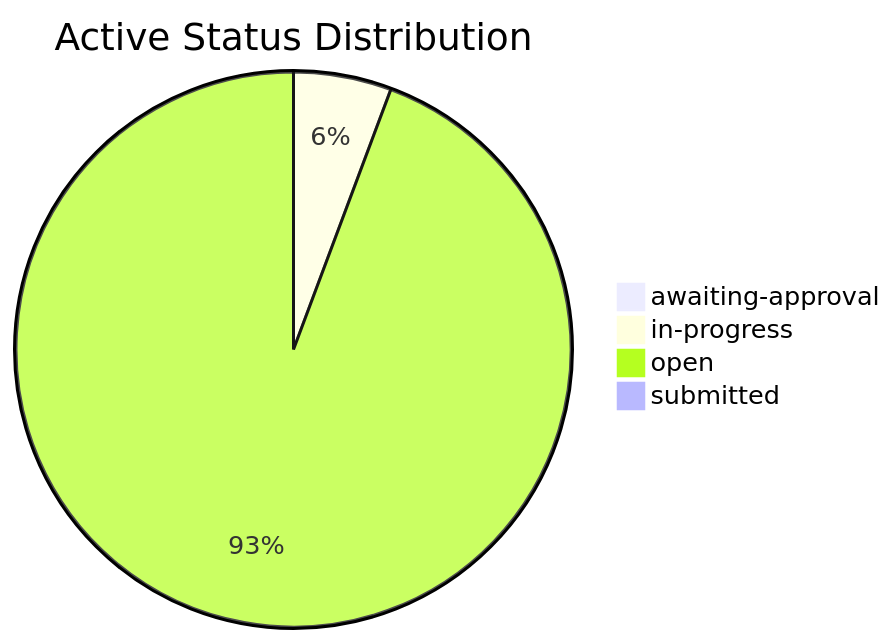
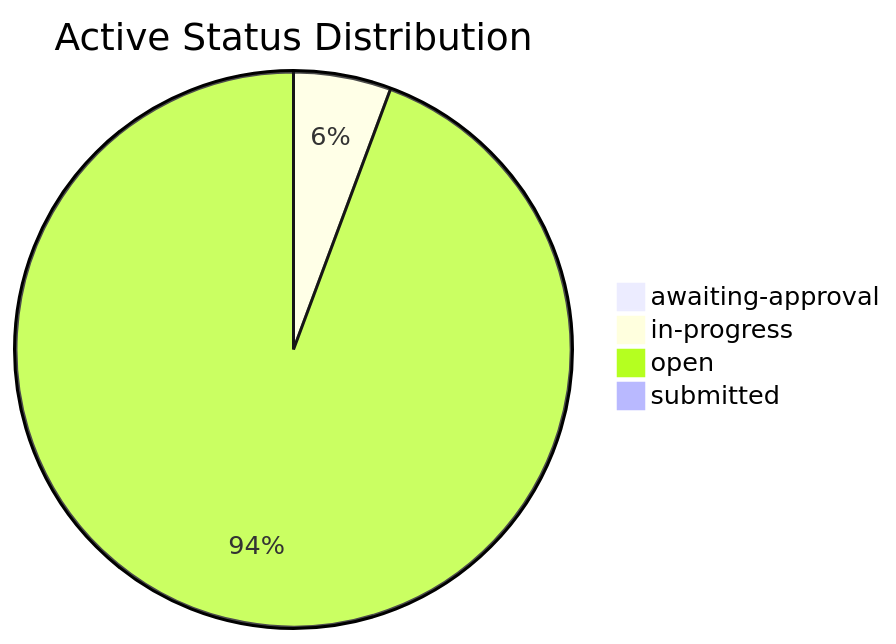
One commit to mgosal/5et.uk changed the second of 3 diagrams in dashboard.md. Above: the diagram before and after it, drawn with Mermaid. The commit also changed other lines of this file and 6 other files, not shown here.

````diff
--- a/dashboard.md
+++ b/dashboard.md
@@ -299,7 +546,7 @@
 ```mermaid
 pie title Active Status Distribution
     "awaiting-approval" : 1
     "in-progress" : 13
-    "open" : 215
+    "open" : 216
     "submitted" : 1
 ```
````
